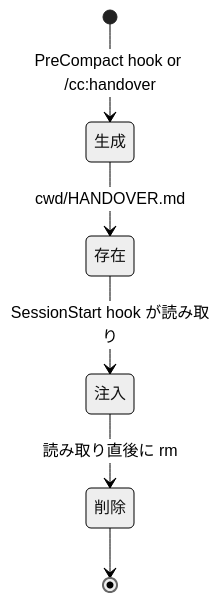
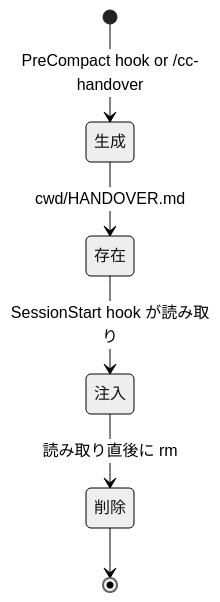
One commit to suwa-sh/suwa-sh-claude-plugins changed the diagram in plugins/cc/docs/data-model.md. Above: the diagram before and after it, drawn with Mermaid (neutral theme). The commit also changed 74 other files, not shown here.

````diff
--- a/plugins/cc/docs/data-model.md
+++ b/plugins/cc/docs/data-model.md
@@ -163,8 +163,8 @@
 ```mermaid
 stateDiagram-v2
-  [*] --> 生成: PreCompact hook or /cc:handover
+  [*] --> 生成: PreCompact hook or /cc-handover
   生成 --> 存在: cwd/HANDOVER.md
   存在 --> 注入: SessionStart hook が読み取り
   注入 --> 削除: 読み取り直後に rm
   削除 --> [*]
 ```
````
